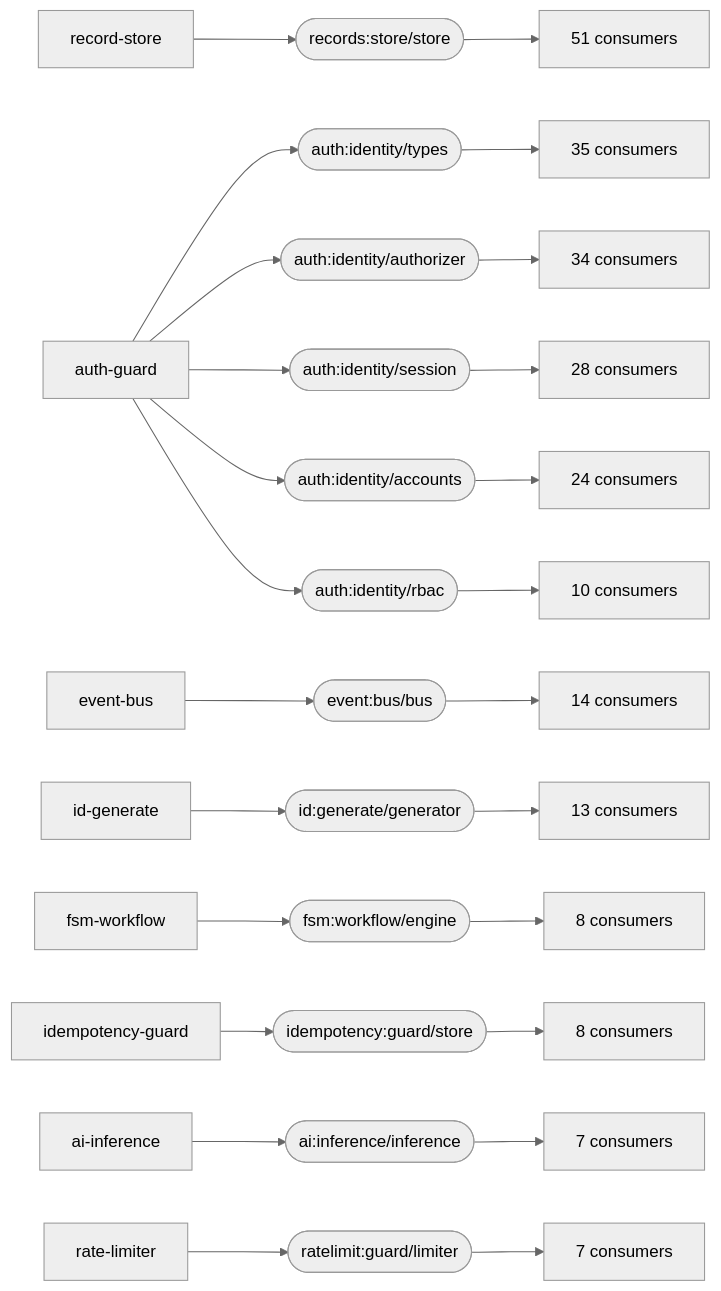
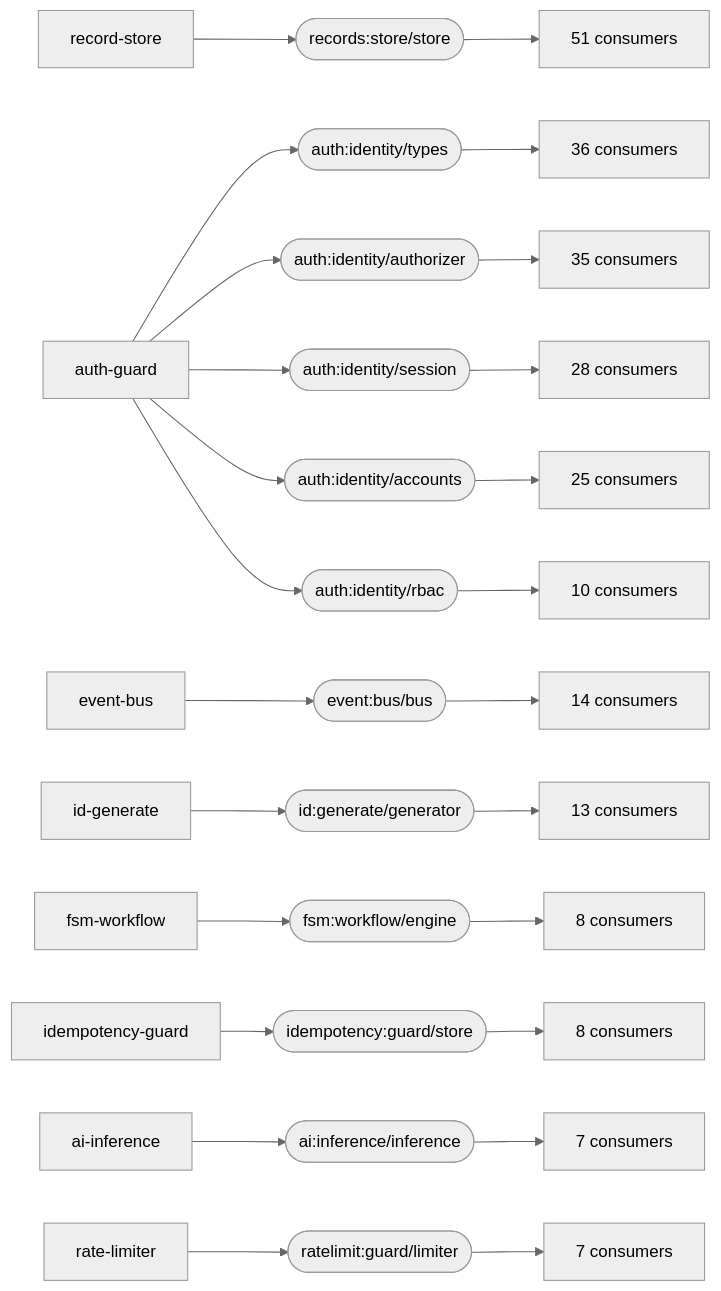
The first of 2 diagrams in docs/CAPABILITY-GRAPH.md (markkovari/holon), drawn with Mermaid (neutral theme) before and after one commit. The commit also changed other lines of this file and 16 other files, not shown here.

````diff
--- a/docs/CAPABILITY-GRAPH.md
+++ b/docs/CAPABILITY-GRAPH.md
@@ -119,39 +120,39 @@
 ```mermaid
 graph LR
   records_store_store(["records:store/store"])
   record_store[record-store] --> records_store_store
   records_store_store --> many_records_store_store["51 consumers"]
   auth_identity_types(["auth:identity/types"])
   auth_guard[auth-guard] --> auth_identity_types
-  auth_identity_types --> many_auth_identity_types["35 consumers"]
+  auth_identity_types --> many_auth_identity_types["36 consumers"]
   auth_identity_authorizer(["auth:identity/authorizer"])
   auth_guard[auth-guard] --> auth_identity_authorizer
-  auth_identity_authorizer --> many_auth_identity_authorizer["34 consumers"]
+  auth_identity_authorizer --> many_auth_identity_authorizer["35 consumers"]
   auth_identity_session(["auth:identity/session"])
   auth_guard[auth-guard] --> auth_identity_session
   auth_identity_session --> many_auth_identity_session["28 consumers"]
   auth_identity_accounts(["auth:identity/accounts"])
   auth_guard[auth-guard] --> auth_identity_accounts
-  auth_identity_accounts --> many_auth_identity_accounts["24 consumers"]
+  auth_identity_accounts --> many_auth_identity_accounts["25 consumers"]
   event_bus_bus(["event:bus/bus"])
   event_bus[event-bus] --> event_bus_bus
   event_bus_bus --> many_event_bus_bus["14 consumers"]
   id_generate_generator(["id:generate/generator"])
   id_generate[id-generate] --> id_generate_generator
   id_generate_generator --> many_id_generate_generator["13 consumers"]
   auth_identity_rbac(["auth:identity/rbac"])
   auth_guard[auth-guard] --> auth_identity_rbac
   auth_identity_rbac --> many_auth_identity_rbac["10 consumers"]
   fsm_workflow_engine(["fsm:workflow/engine"])
   fsm_workflow[fsm-workflow] --> fsm_workflow_engine
   fsm_workflow_engine --> many_fsm_workflow_engine["8 consumers"]
   idempotency_guard_store(["idempotency:guard/store"])
   idempotency_guard[idempotency-guard] --> idempotency_guard_store
   idempotency_guard_store --> many_idempotency_guard_store["8 consumers"]
   ai_inference_inference(["ai:inference/inference"])
   ai_inference[ai-inference] --> ai_inference_inference
   ai_inference_inference --> many_ai_inference_inference["7 consumers"]
   ratelimit_guard_limiter(["ratelimit:guard/limiter"])
   rate_limiter[rate-limiter] --> ratelimit_guard_limiter
   ratelimit_guard_limiter --> many_ratelimit_guard_limiter["7 consumers"]
 ```
````
